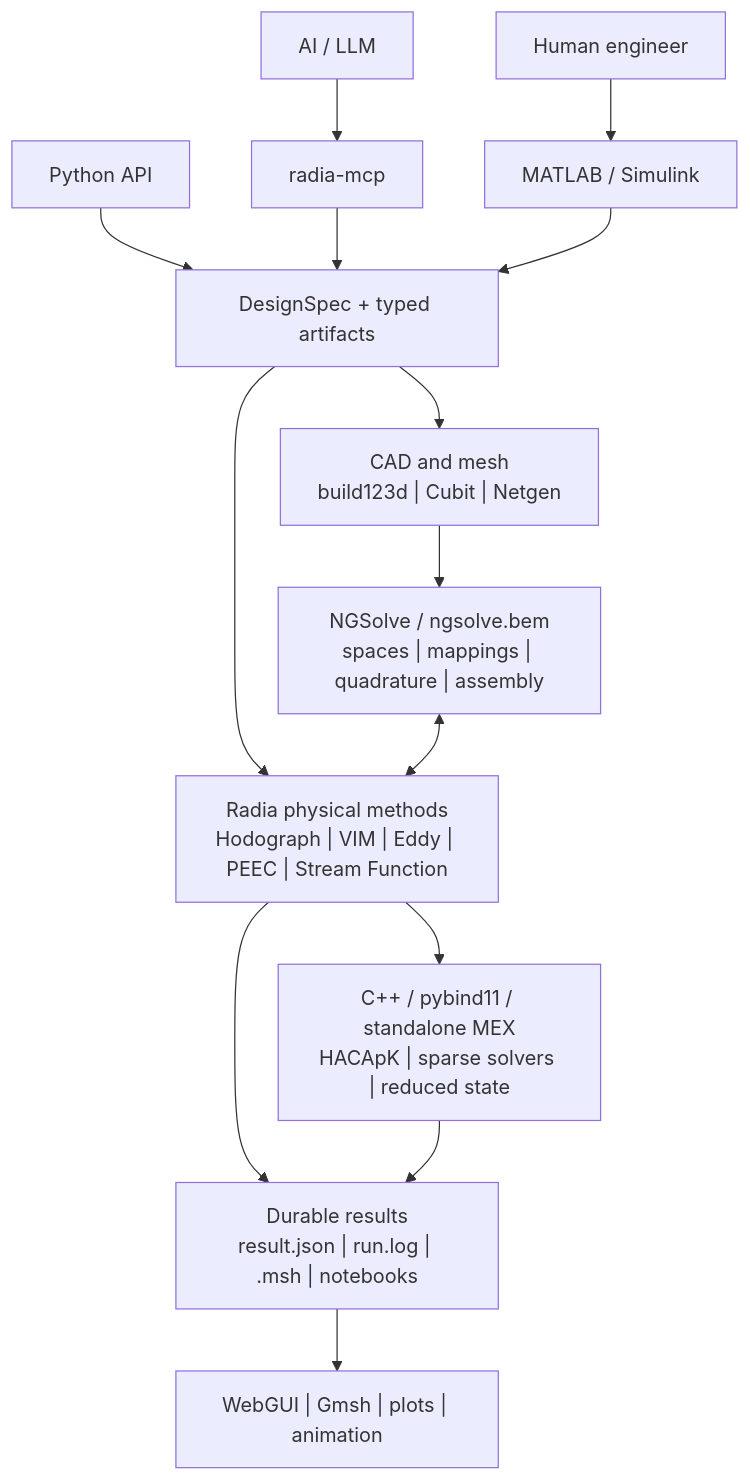
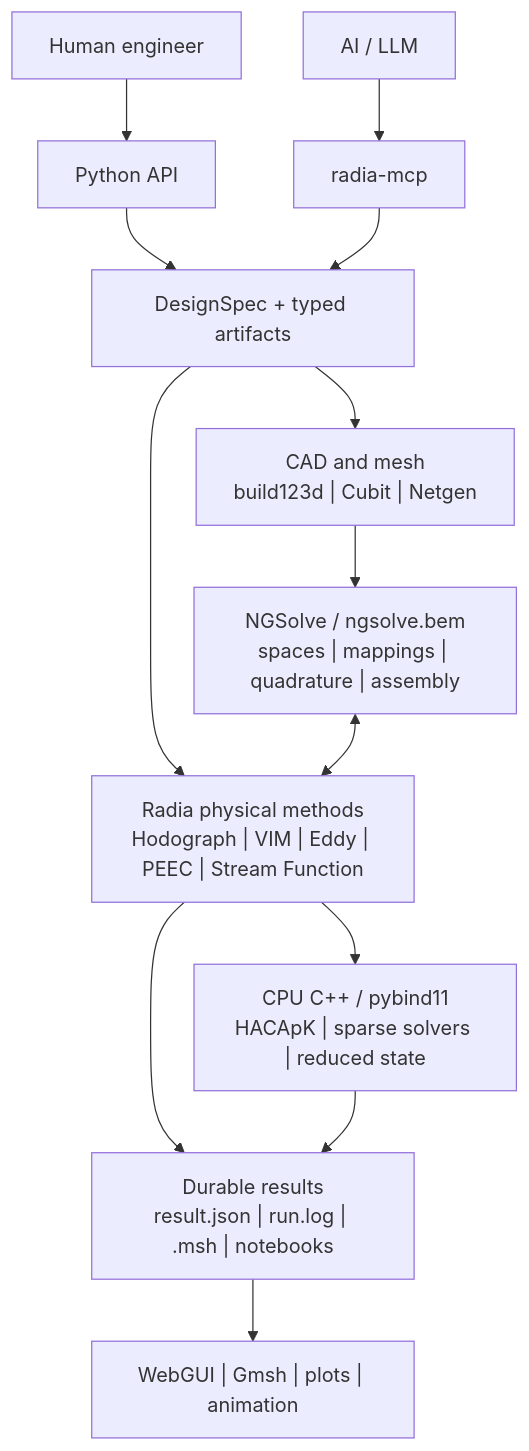
Before and after one commit to ksugahar/Radia: the diagram in README.md, drawn with Mermaid. The commit also changed other lines of this file, not shown here.

Commit message:
docs: introduce Python CPU capabilities and MCP analysis workflow

````diff
--- a/README.md
+++ b/README.md
@@ -225,18 +255,17 @@
 ```mermaid
 flowchart TB
     AI["AI / LLM"] --> MCP["radia-mcp"]
-    Human["Human engineer"] --> Simulink["MATLAB / Simulink"]
+    Human["Human engineer"] --> Python
     Python["Python API"] --> Contract["DesignSpec + typed artifacts"]
     MCP --> Contract
-    Simulink --> Contract
 
     Contract --> CAD["CAD and mesh<br/>build123d | Cubit | Netgen"]
     Contract --> Methods["Radia physical methods<br/>Hodograph | VIM | Eddy | PEEC | Stream Function"]
     CAD --> NGSolve["NGSolve / ngsolve.bem<br/>spaces | mappings | quadrature | assembly"]
     NGSolve <--> Methods
 
-    Methods --> Native["C++ / pybind11 / standalone MEX<br/>HACApK | sparse solvers | reduced state"]
+    Methods --> Native["CPU C++ / pybind11<br/>HACApK | sparse solvers | reduced state"]
     Methods --> Results["Durable results<br/>result.json | run.log | .msh | notebooks"]
     Native --> Results
     Results --> Viz["WebGUI | Gmsh | plots | animation"]
 ```
````
